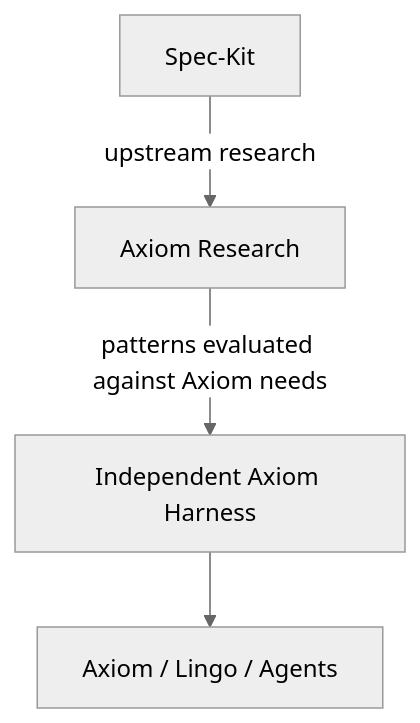
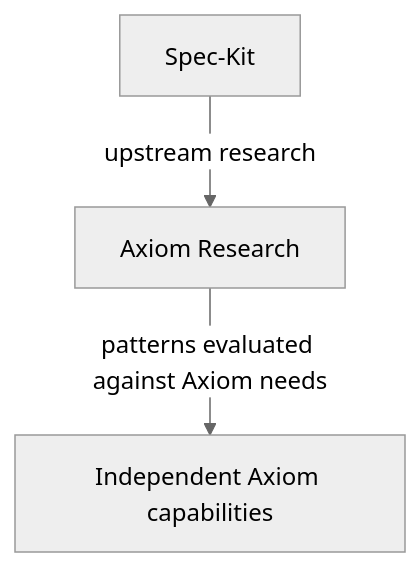
The first of 2 diagrams in docs/research/spec-kit-strategic-upstream.md (rgomids/axiom), drawn with Mermaid (neutral theme) before and after one commit. The commit also changed 14 other files, not shown here.

Commit message:
docs: consolidate Axiom control plane architecture

````diff
--- a/docs/research/spec-kit-strategic-upstream.md
+++ b/docs/research/spec-kit-strategic-upstream.md
@@ -26,6 +26,5 @@
 ```mermaid
 flowchart TB
     SK["Spec-Kit"] -->|upstream research| R["Axiom Research"]
-    R -->|patterns evaluated against Axiom needs| H["Independent Axiom Harness"]
-    H --> P["Axiom / Lingo / Agents"]
+    R -->|patterns evaluated against Axiom needs| H["Independent Axiom capabilities"]
 ```
````
